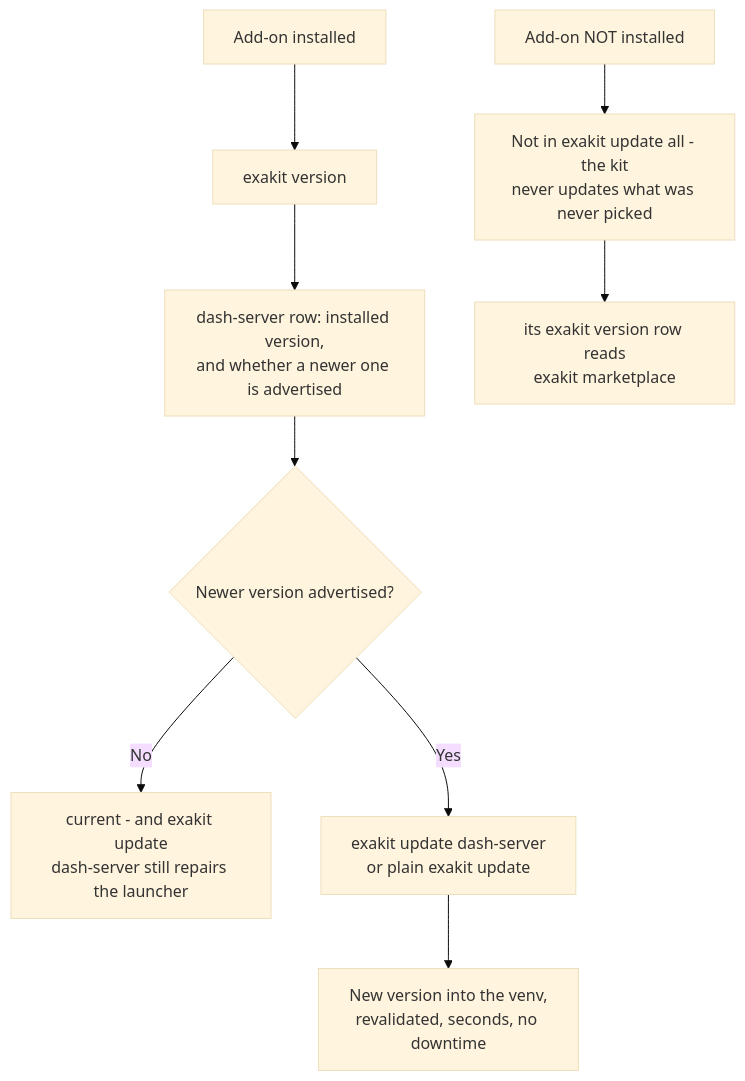
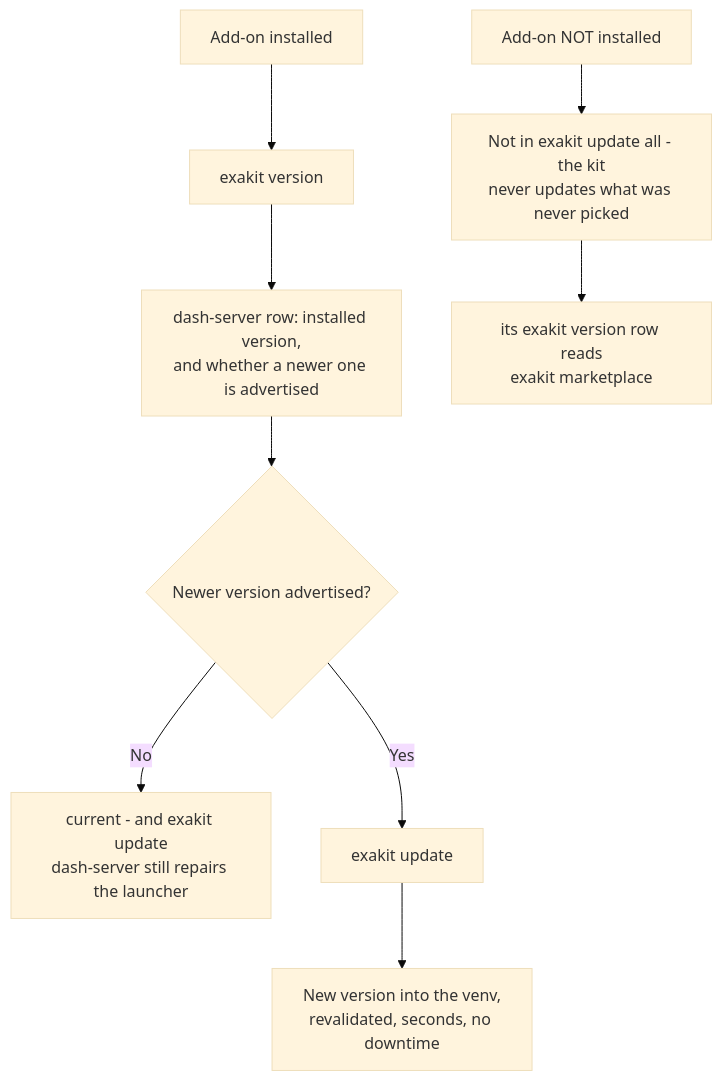
One commit to Sheetaldharshan200/update-path changed the fifth of 7 diagrams in MARKETPLACE-FLOWS.md. Above: the diagram before and after it, drawn with Mermaid (base theme). The commit also changed other lines of this file and 48 other files, not shown here.

````diff
--- a/MARKETPLACE-FLOWS.md
+++ b/MARKETPLACE-FLOWS.md
@@ -198,11 +198,11 @@
 ```mermaid
 flowchart TD
     A[Add-on installed] --> B[exakit version]
     B --> C[dash-server row: installed version,<br>and whether a newer one is advertised]
     C --> D{Newer version advertised?}
     D -->|No| E[current - and exakit update<br>dash-server still repairs the launcher]
-    D -->|Yes| F[exakit update dash-server<br>or plain exakit update]
+    D -->|Yes| F[exakit update]
     F --> G[New version into the venv,<br>revalidated, seconds, no downtime]
     A2[Add-on NOT installed] --> H[Not in exakit update all - the kit<br>never updates what was never picked]
     H --> I[its exakit version row reads<br>exakit marketplace]
 ```
````
